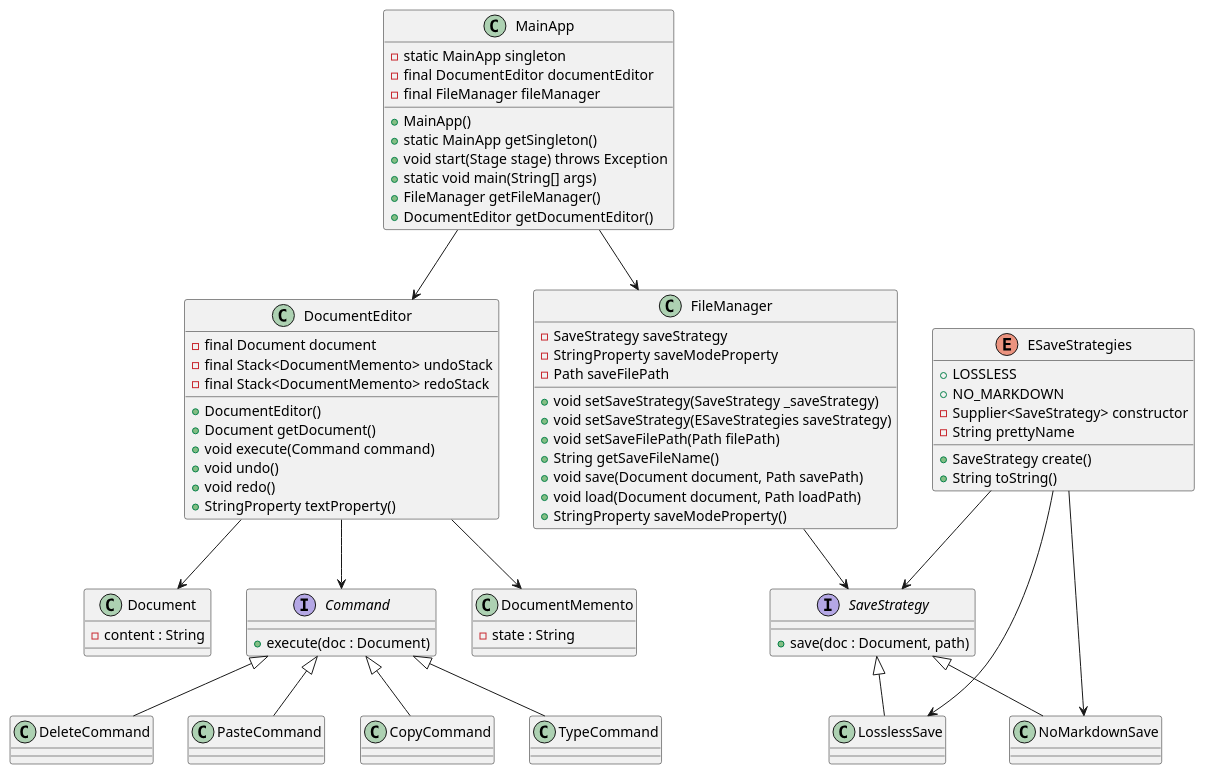
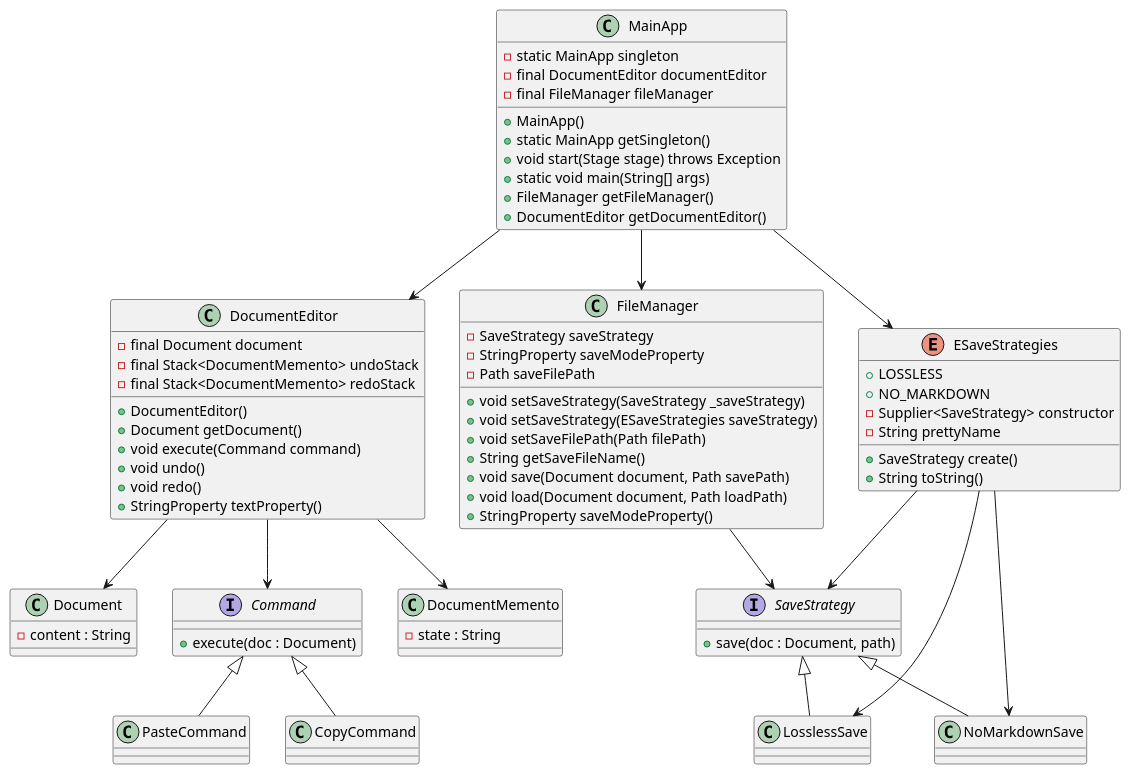
One commit to refactor-or-die/SuperTestEngine changed the diagram in docs/uml/diagram.plantuml. Above: the diagram before and after it, drawn with PlantUML. The commit also changed 1 other file, not shown here.

Commit message:
refactor(docs): Uzgodnienie diagramu z rzeczywistością

```diff
--- a/docs/uml/diagram.plantuml
+++ b/docs/uml/diagram.plantuml
@@ -1,114 +1,111 @@
 @startuml
 
 ' =======================
 ' MODEL DANYCH
 ' =======================
 class Document {
   -content : String
 }
 
 ' =======================
 ' STRATEGY PATTERN
 ' FileManager deleguje zapis/odczyt do strategii
 ' =======================
 class FileManager {
     - SaveStrategy saveStrategy
     - StringProperty saveModeProperty
     - Path saveFilePath
     + void setSaveStrategy(SaveStrategy _saveStrategy)
     + void setSaveStrategy(ESaveStrategies saveStrategy)
     + void setSaveFilePath(Path filePath)
     + String getSaveFileName()
     + void save(Document document, Path savePath)
     + void load(Document document, Path loadPath)
     + StringProperty saveModeProperty()
 }
 
 
 interface SaveStrategy {
   +save(doc : Document, path)
 }
 
 class LosslessSave
 class NoMarkdownSave
 
 SaveStrategy <|-- LosslessSave
 SaveStrategy <|-- NoMarkdownSave
 
 FileManager --> SaveStrategy
 
 enum ESaveStrategies {
     + LOSSLESS
     + NO_MARKDOWN
     - Supplier<SaveStrategy> constructor
     - String prettyName
     + SaveStrategy create()
     + String toString()
 }
 
 ESaveStrategies --> SaveStrategy
 ESaveStrategies --> LosslessSave
 ESaveStrategies --> NoMarkdownSave
 
 ' =======================
 ' COMMAND PATTERN
 ' DocumentEditor jest klientem komend
 ' Idealne dla GUI, toolbarów i skrótów klawiszowych
 ' =======================
 interface Command {
   +execute(doc : Document)
 }
 
-class TypeCommand
-class DeleteCommand
 class PasteCommand
 
-Command <|-- TypeCommand
-Command <|-- DeleteCommand
 Command <|-- CopyCommand
 Command <|-- PasteCommand
 
 ' =======================
 ' MEMENTO PATTERN
 ' Undo/Redo przez snapshoty stanu dokumentu
 ' =======================
 class DocumentMemento {
   -state : String
 }
 
 class DocumentEditor {
         - final Document document
         - final Stack<DocumentMemento> undoStack
         - final Stack<DocumentMemento> redoStack
         + DocumentEditor()
         + Document getDocument()
         + void execute(Command command)
         + void undo()
         + void redo()
         + StringProperty textProperty()
     }
 
 DocumentEditor --> Document
 DocumentEditor --> Command
 DocumentEditor --> DocumentMemento
 
 ' =======================
 ' GUI
 ' GUI wyzwala komendy, nie zna szczegółów edytora
 ' =======================
  class MainApp {
         - static MainApp singleton
         - final DocumentEditor documentEditor
         - final FileManager fileManager
         + MainApp()
         + static MainApp getSingleton()
         + void start(Stage stage) throws Exception
         + static void main(String[] args)
         + FileManager getFileManager()
         + DocumentEditor getDocumentEditor()
     }
 
 MainApp --> DocumentEditor
 MainApp --> FileManager
+MainApp --> ESaveStrategies
 
 @enduml
```
